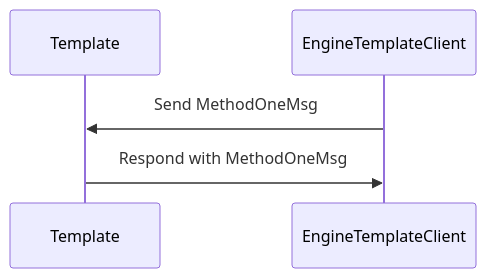
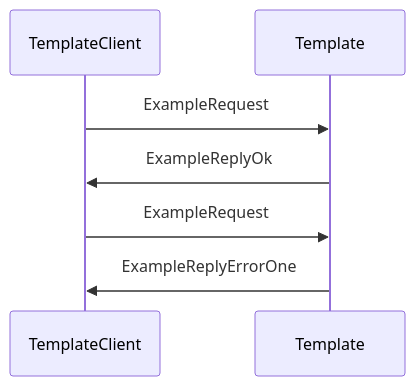
One commit to anoma/nspec changed the diagram in docs/arch/node/engines/template_messages.juvix.md. Above: the diagram before and after it, drawn with Mermaid. The commit also changed other lines of this file and 24 other files, not shown here.

````diff
--- a/docs/arch/node/engines/template_messages.juvix.md
+++ b/docs/arch/node/engines/template_messages.juvix.md
@@ -119,8 +134,11 @@
 ```mermaid
 sequenceDiagram
+    participant TemplateClient
     participant Template
-    participant EngineTemplateClient
 
-    EngineTemplateClient ->> Template: Send MethodOneMsg
-    Template ->> EngineTemplateClient: Respond with MethodOneMsg
+    TemplateClient ->> Template: ExampleRequest
+    Template ->> TemplateClient: ExampleReplyOk
+
+    TemplateClient ->> Template: ExampleRequest
+    Template ->> TemplateClient: ExampleReplyErrorOne
 ```
````
